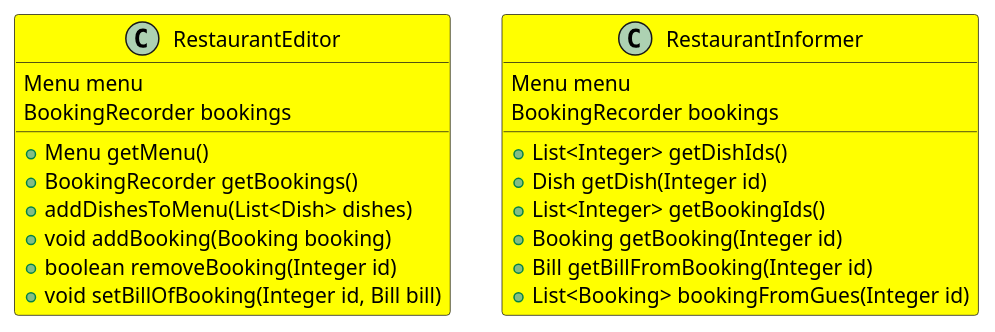
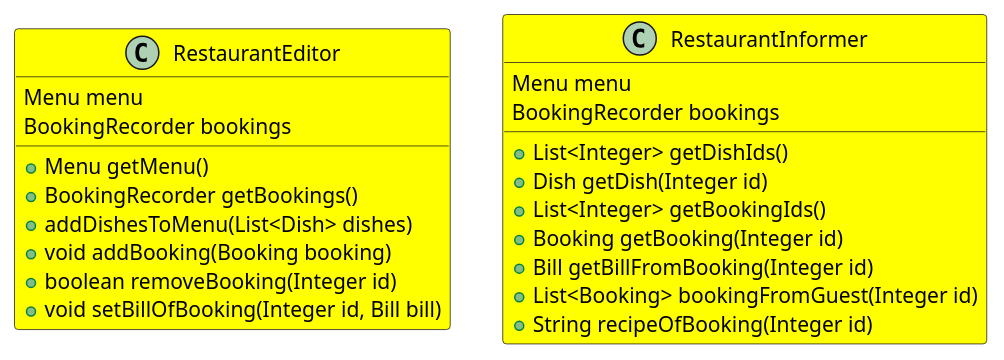
The diagram in src/domain_driven_design/diagrams/service_classes.puml (JonasHellgren/JavaBasics), drawn with PlantUML before and after one commit. The commit also changed 157 other files, not shown here.

```diff
--- a/src/domain_driven_design/diagrams/service_classes.puml
+++ b/src/domain_driven_design/diagrams/service_classes.puml
@@ -1,28 +1,29 @@
 @startuml
 
 class RestaurantEditor #yellow {
   Menu menu
   BookingRecorder bookings
 
   + Menu getMenu()
   + BookingRecorder getBookings()
   + addDishesToMenu(List<Dish> dishes)
   + void addBooking(Booking booking)
   + boolean removeBooking(Integer id)
   + void setBillOfBooking(Integer id, Bill bill)
 
 }
 
 class RestaurantInformer #yellow {
   Menu menu
   BookingRecorder bookings
 
     + List<Integer> getDishIds()
     + Dish getDish(Integer id)
     + List<Integer> getBookingIds()
     + Booking getBooking(Integer id)
     + Bill getBillFromBooking(Integer id)
-    + List<Booking> bookingFromGues(Integer id)
+    + List<Booking> bookingFromGuest(Integer id)
+    + String recipeOfBooking(Integer id)
 }
 
 @enduml
```
